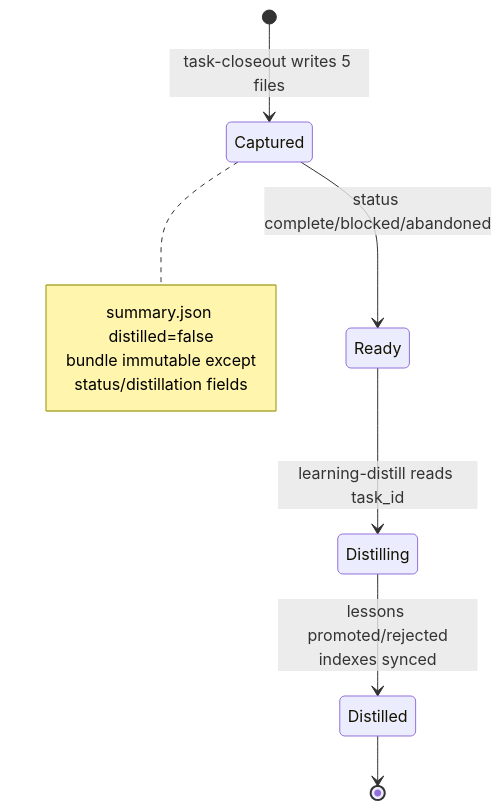
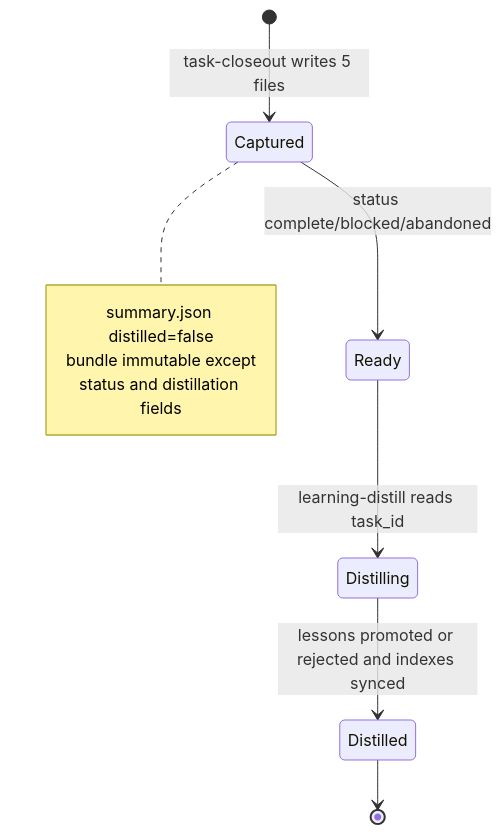
The second of 2 diagrams in openwiki/concepts/session-identity-and-storage.md (Hypercubed/Agent-Knowledge-Starter-Kit), drawn with Mermaid before and after one commit. The commit also changed other lines of this file and 175 other files, not shown here.

````diff
--- a/openwiki/concepts/session-identity-and-storage.md
+++ b/openwiki/concepts/session-identity-and-storage.md
@@ -112,13 +121,13 @@
 ```mermaid
 stateDiagram-v2
     [*] --> Captured: task-closeout writes 5 files
     Captured --> Ready: status complete/blocked/abandoned
     Ready --> Distilling: learning-distill reads task_id
-    Distilling --> Distilled: lessons promoted/rejected<br/>indexes synced
+    Distilling --> Distilled: lessons promoted or rejected and indexes synced
     Distilled --> [*]
     note right of Captured
         summary.json distilled=false
         bundle immutable except
-        status/distillation fields
+        status and distillation fields
     end note
 ```
````
